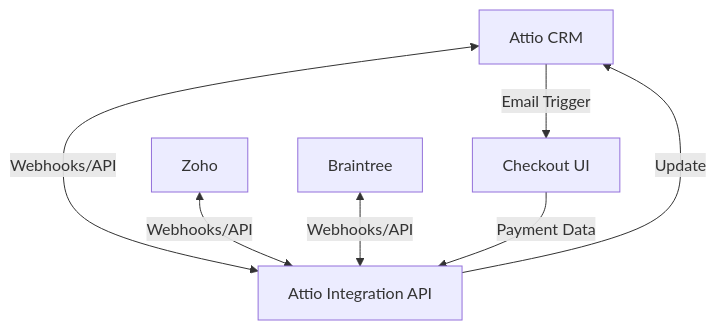
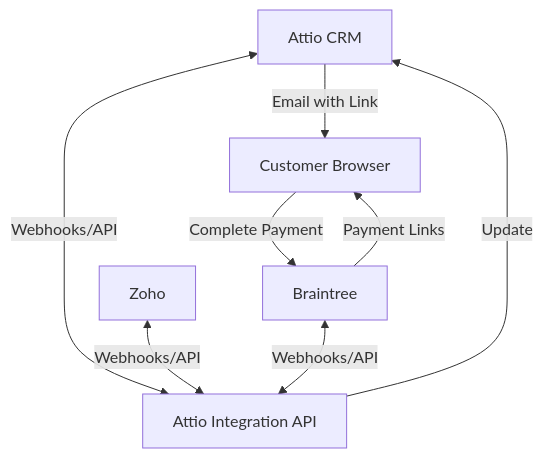
One commit to rodeloescueta/attio-api changed the first of 3 diagrams in memory-bank/systemPatterns.md. Above: the diagram before and after it, drawn with Mermaid. The commit also changed other lines of this file and 3 other files, not shown here.

Commit message:
Refine workflow and documentation for Attio Integration API by shifting to Braintree payment links, eliminating the need for a custom checkout UI. Update project architecture to enhance automation in subscription and payment processes, and revise related tasks and milestones accordingly.

````diff
--- a/memory-bank/systemPatterns.md
+++ b/memory-bank/systemPatterns.md
@@ -7,9 +7,10 @@
 ```mermaid
 graph TD
     A[Attio CRM] <-->|Webhooks/API| B[Attio Integration API]
     C[Zoho] <-->|Webhooks/API| B
     D[Braintree] <-->|Webhooks/API| B
     B -->|Update| A
-    E[Checkout UI] -->|Payment Data| B
-    A -->|Email Trigger| E
+    D -->|Payment Links| E[Customer Browser]
+    E -->|Complete Payment| D
+    A -->|Email with Link| E
 ```
````
